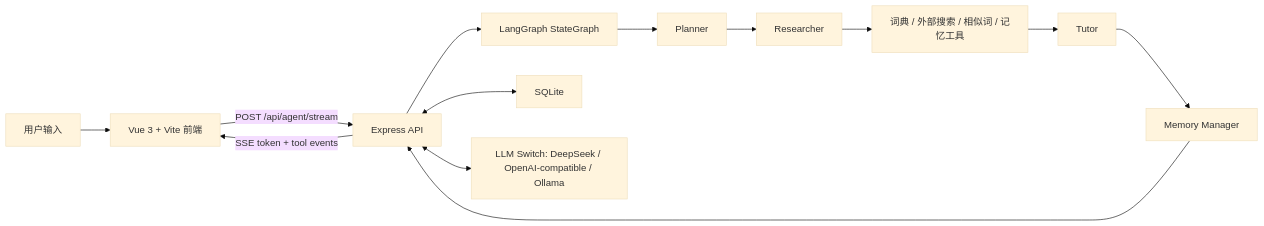
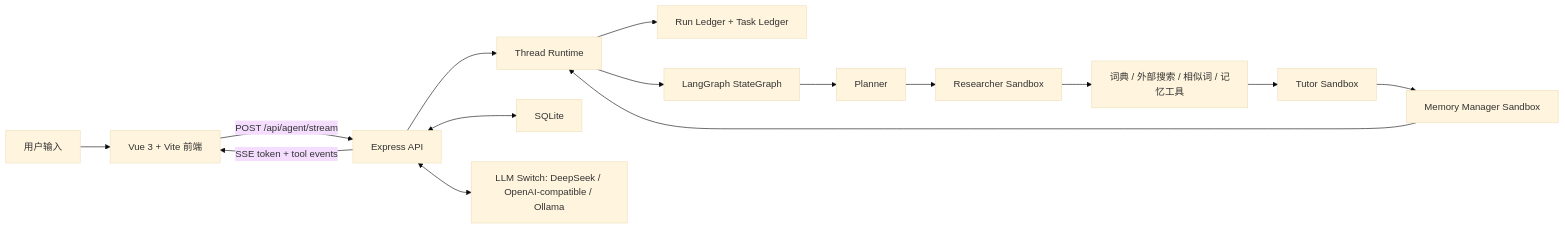
One commit to yuaiccc/japanese-verb-master changed the first of 2 diagrams in README.md. Above: the diagram before and after it, drawn with Mermaid (base theme). The commit also changed other lines of this file and 11 other files, not shown here.

Commit message:
Add DeerFlow-style thread runtime and update README

````diff
--- a/README.md
+++ b/README.md
@@ -35,15 +37,17 @@
 ```mermaid
 flowchart LR
   User["用户输入"] --> Frontend["Vue 3 + Vite 前端"]
   Frontend -->|POST /api/agent/stream| Backend["Express API"]
-  Backend --> Graph["LangGraph StateGraph"]
+  Backend --> Runtime["Thread Runtime"]
+  Runtime --> Ledger["Run Ledger + Task Ledger"]
+  Runtime --> Graph["LangGraph StateGraph"]
   Graph --> Planner["Planner"]
-  Planner --> Researcher["Researcher"]
+  Planner --> Researcher["Researcher Sandbox"]
   Researcher --> Tools["词典 / 外部搜索 / 相似词 / 记忆工具"]
-  Tools --> Tutor["Tutor"]
-  Tutor --> Memory["Memory Manager"]
-  Memory --> Backend
+  Tools --> Tutor["Tutor Sandbox"]
+  Tutor --> Memory["Memory Manager Sandbox"]
+  Memory --> Runtime
   Backend -->|SSE token + tool events| Frontend
   Backend <--> DB["SQLite"]
   Backend <--> LLM["LLM Switch: DeepSeek / OpenAI-compatible / Ollama"]
 ```
````
